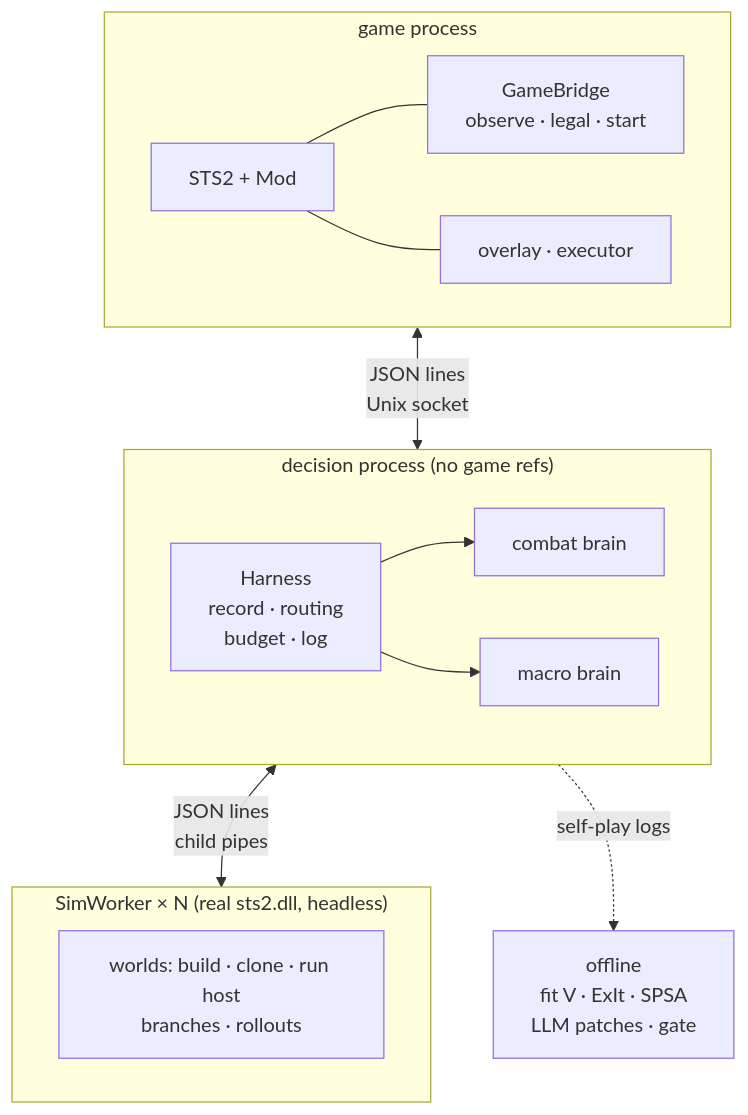
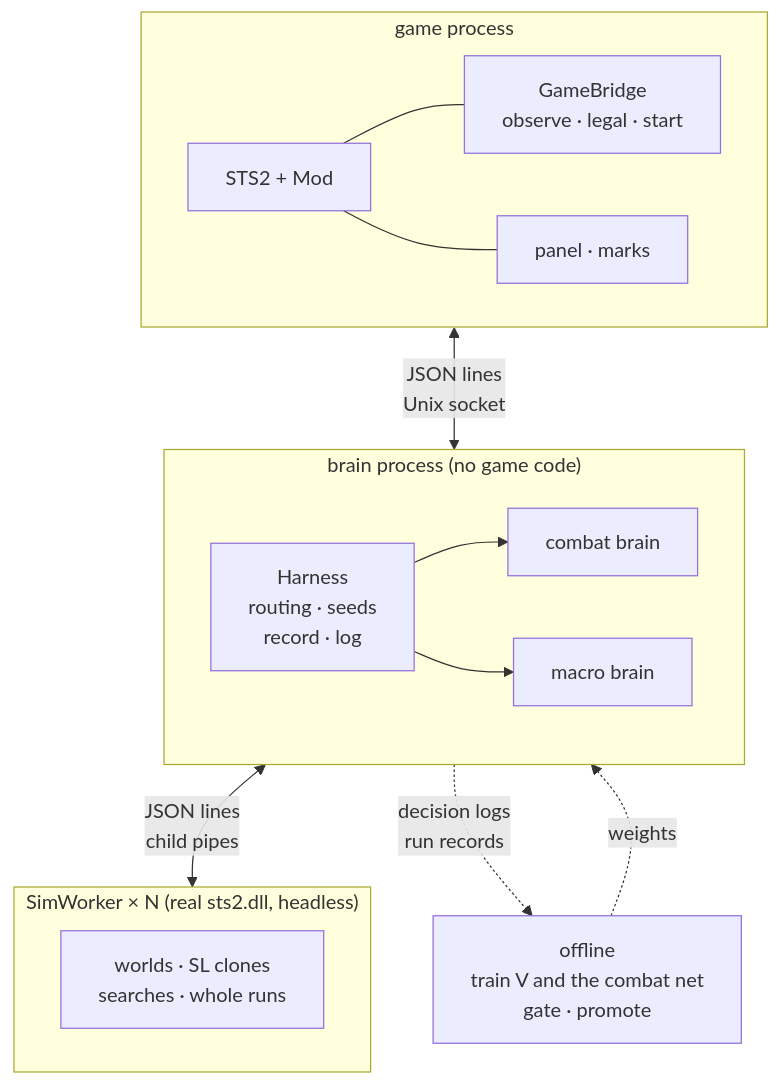
The diagram in docs/src/content/docs/en/index.mdx (shinnku-nikaidou/spire-zero), drawn with Mermaid before and after one commit. The commit also changed other lines of this file and 29 other files, not shown here.

````diff
--- a/docs/src/content/docs/en/index.mdx
+++ b/docs/src/content/docs/en/index.mdx
@@ -38,17 +42,18 @@
 ```mermaid
 flowchart TD
   subgraph G["game process"]
     GAME["STS2 + Mod"] --- GB["GameBridge<br/>observe · legal · start"]
-    GAME --- UI["overlay · executor"]
+    GAME --- UI["panel · marks"]
   end
-  subgraph D["decision process (no game refs)"]
-    H["Harness<br/>record · routing<br/>budget · log"] --> CB["combat brain"]
+  subgraph D["brain process (no game code)"]
+    H["Harness<br/>routing · seeds<br/>record · log"] --> CB["combat brain"]
     H --> MB["macro brain"]
   end
   subgraph W["SimWorker × N (real sts2.dll, headless)"]
-    WS["worlds: build · clone · run host<br/>branches · rollouts"]
+    WS["worlds · SL clones<br/>searches · whole runs"]
   end
   G <-->|"JSON lines<br/>Unix socket"| D
   D <-->|"JSON lines<br/>child pipes"| W
-  D -.->|"self-play logs"| OFF["offline<br/>fit V · ExIt · SPSA<br/>LLM patches · gate"]
+  D -.->|"decision logs<br/>run records"| OFF["offline<br/>train V and the combat net<br/>gate · promote"]
+  OFF -.->|"weights"| D
 ```
````
